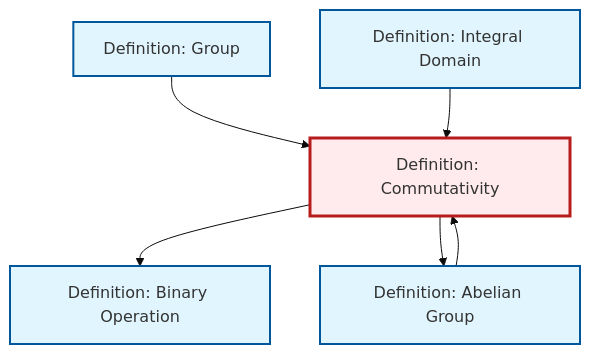
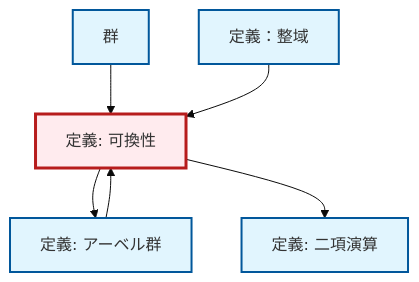
One commit to RK0429/ModernMath changed the diagram in content/ja/algebra/def-commutativity.qmd. Above: the diagram before and after it, drawn with Mermaid (base theme). The commit also changed 1069 other files, not shown here.

````diff
--- a/content/ja/algebra/def-commutativity.qmd
+++ b/content/ja/algebra/def-commutativity.qmd
@@ -102,24 +102,24 @@
 ```{mermaid}
 %%| fig-cap: "Local dependency graph"
 graph TD
     classDef definition fill:#e1f5fe,stroke:#01579b,stroke-width:2px
     classDef theorem fill:#f3e5f5,stroke:#4a148c,stroke-width:2px
     classDef axiom fill:#fff3e0,stroke:#e65100,stroke-width:2px
     classDef example fill:#e8f5e9,stroke:#1b5e20,stroke-width:2px
     classDef current fill:#ffebee,stroke:#b71c1c,stroke-width:3px
-    def-group["Definition: Group"]:::definition
-    def-binary-operation["Definition: Binary Operation"]:::definition
-    def-integral-domain["Definition: Integral Domain"]:::definition
-    def-commutativity["Definition: Commutativity"]:::definition
-    def-abelian-group["Definition: Abelian Group"]:::definition
-    def-commutativity --> def-binary-operation
+    def-commutativity["定義: 可換性"]:::definition
+    def-binary-operation["定義: 二項演算"]:::definition
+    def-integral-domain["定義：整域"]:::definition
+    def-abelian-group["定義: アーベル群"]:::definition
+    def-group["群"]:::definition
+    def-abelian-group --> def-commutativity
     def-commutativity --> def-abelian-group
     def-group --> def-commutativity
-    def-abelian-group --> def-commutativity
+    def-commutativity --> def-binary-operation
     def-integral-domain --> def-commutativity
     class def-commutativity current
-    click def-group "def-group.html" "Definition: Groupへ"
-    click def-binary-operation "def-binary-operation.html" "Definition: Binary Operationへ"
-    click def-integral-domain "def-integral-domain.html" "Definition: Integral Domainへ"
-    click def-abelian-group "def-abelian-group.html" "Definition: Abelian Groupへ"
+    click def-binary-operation "def-binary-operation.html" "二項演算の定義へ"
+    click def-integral-domain "def-integral-domain.html" "定義：整域へ"
+    click def-abelian-group "def-abelian-group.html" "アーベル群の定義へ"
+    click def-group "def-group.html" "群へ"
 ```
````
